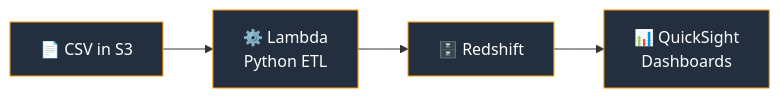
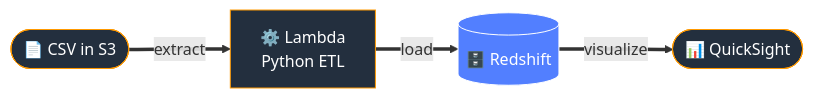
The fifth of 6 diagrams in README.md (adityapandita97/adityapandita97.github.io), drawn with Mermaid before and after one commit. The commit also changed other lines of this file, not shown here.

Commit message:
Make project diagrams horizontal + more dynamic (LR flow, edge labels, shaped nodes)

````diff
--- a/README.md
+++ b/README.md
@@ -220,6 +227,8 @@
 ```mermaid
 flowchart LR
-    A["📄 CSV in S3"] --> B["⚙️ Lambda<br/>Python ETL"] --> C["🗄️ Redshift"] --> D["📊 QuickSight<br/>Dashboards"]
+    A(["📄 CSV in S3"]) ==>|extract| B["⚙️ Lambda<br/>Python ETL"] ==>|load| C[("🗄️ Redshift")] ==>|visualize| D(["📊 QuickSight"])
     classDef n fill:#232F3E,stroke:#FF9900,color:#fff;
-    class A,B,C,D n;
+    classDef db fill:#527FFF,stroke:#fff,color:#fff;
+    class A,B,D n;
+    class C db;
 ```
````
